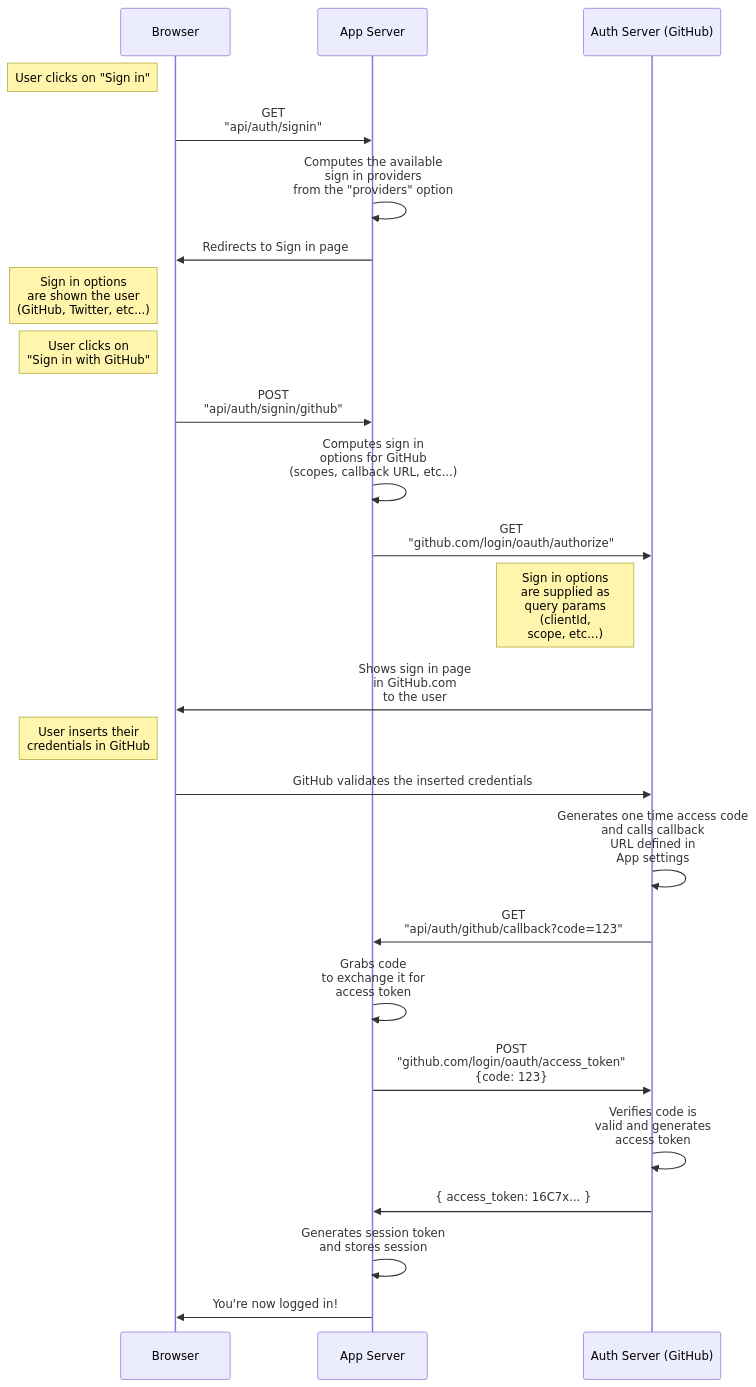
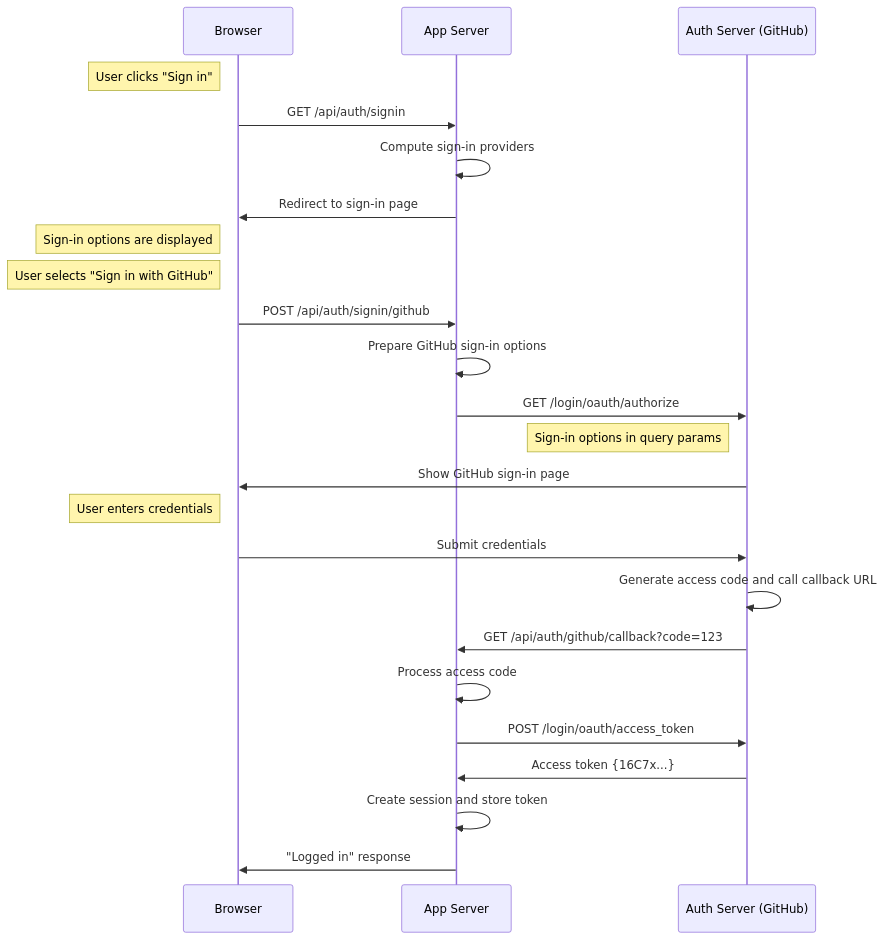
Before and after one commit to nextauthjs/next-auth: the diagram in docs/pages/concepts/oauth.mdx, drawn with Mermaid.

Commit message:
temporarily remove mermaid diagram

````diff
--- a/docs/pages/concepts/oauth.mdx
+++ b/docs/pages/concepts/oauth.mdx
@@ -31,27 +31,26 @@
 ```mermaid
 sequenceDiagram
     participant Browser
     participant App Server
     participant Auth Server (GitHub)
-    Note left of Browser: User clicks on "Sign in"
-    Browser->>App Server: GET<br/>"api/auth/signin"
-    App Server->>App Server: Computes the available<br/>sign in providers<br/>from the "providers" option
-    App Server->>Browser: Redirects to Sign in page
-    Note left of Browser: Sign in options<br/>are shown the user<br/>(GitHub, Twitter, etc...)
-    Note left of Browser: User clicks on<br/>"Sign in with GitHub"
-    Browser->>App Server: POST<br/>"api/auth/signin/github"
-    App Server->>App Server: Computes sign in<br/>options for GitHub<br/>(scopes, callback URL, etc...)
-    App Server->>Auth Server (GitHub): GET<br/>"github.com/login/oauth/authorize"
-    Note left of Auth Server (GitHub): Sign in options<br> are supplied as<br/>query params<br/>(clientId, <br/>scope, etc...)
-    Auth Server (GitHub)->>Browser: Shows sign in page<br/>in GitHub.com<br/>to the user
-    Note left of Browser: User inserts their<br/>credentials in GitHub
-    Browser->>Auth Server (GitHub): GitHub validates the inserted credentials
-    Auth Server (GitHub)->>Auth Server (GitHub): Generates one time access code<br/>and calls callback<br>URL defined in<br/>App settings
-    Auth Server (GitHub)->>App Server: GET<br/>"api/auth/github/callback?code=123"
-    App Server->>App Server: Grabs code<br/>to exchange it for<br/>access token
-    App Server->>Auth Server (GitHub): POST<br/>"github.com/login/oauth/access_token"<br/>{code: 123}
-    Auth Server (GitHub)->>Auth Server (GitHub): Verifies code is<br/>valid and generates<br/>access token
-    Auth Server (GitHub)->>App Server: { access_token: 16C7x... }
-    App Server->>App Server: Generates session token<br/>and stores session
-    App Server->>Browser: You're now logged in!
+    Note left of Browser: User clicks "Sign in"
+    Browser->>App Server: GET /api/auth/signin
+    App Server->>App Server: Compute sign-in providers
+    App Server->>Browser: Redirect to sign-in page
+    Note left of Browser: Sign-in options are displayed
+    Note left of Browser: User selects "Sign in with GitHub"
+    Browser->>App Server: POST /api/auth/signin/github
+    App Server->>App Server: Prepare GitHub sign-in options
+    App Server->>Auth Server (GitHub): GET /login/oauth/authorize
+    Note left of Auth Server (GitHub): Sign-in options in query params
+    Auth Server (GitHub)->>Browser: Show GitHub sign-in page
+    Note left of Browser: User enters credentials
+    Browser->>Auth Server (GitHub): Submit credentials
+    Auth Server (GitHub)->>Auth Server (GitHub): Generate access code and call callback URL
+    Auth Server (GitHub)->>App Server: GET /api/auth/github/callback?code=123
+    App Server->>App Server: Process access code
+    App Server->>Auth Server (GitHub): POST /login/oauth/access_token
+    Auth Server (GitHub)->>App Server: Access token {16C7x...}
+    App Server->>App Server: Create session and store token
+    App Server->>Browser: "Logged in" response
 ```
````
